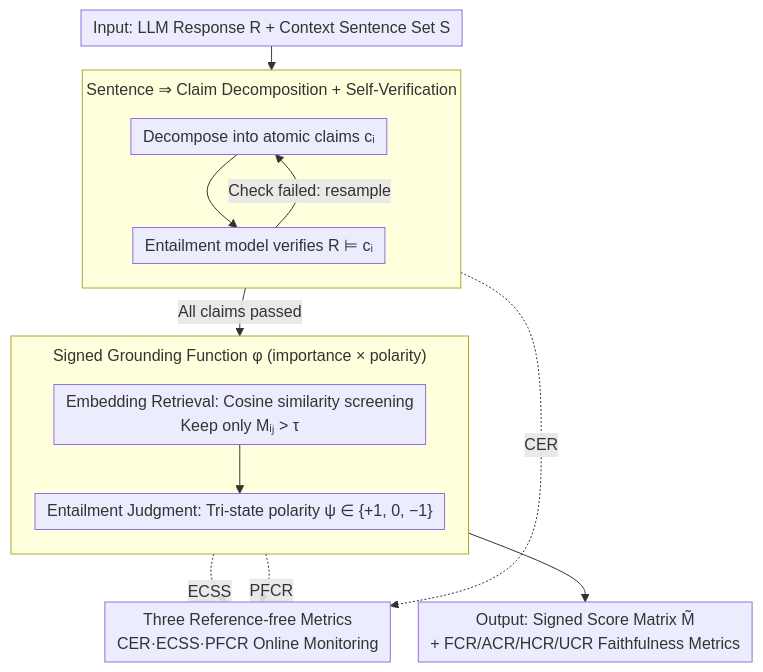
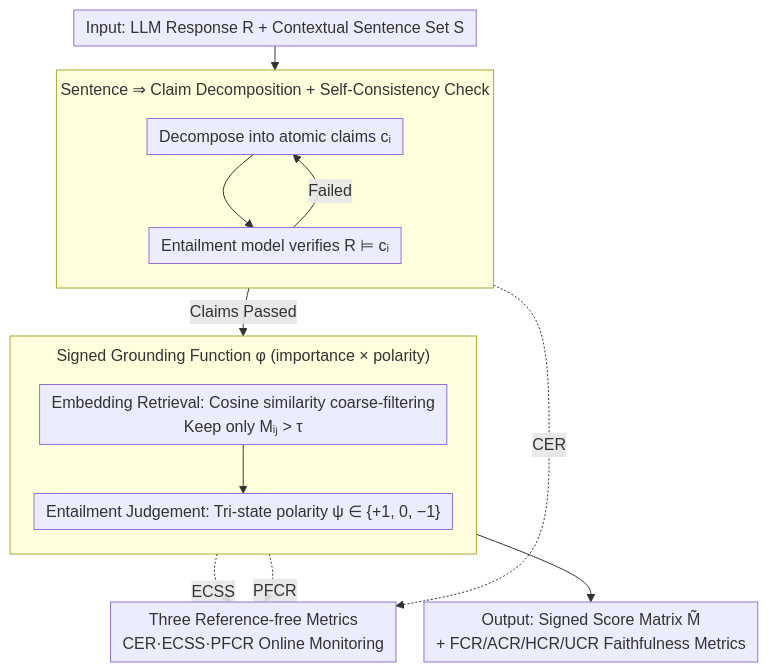
Before and after one commit to zhaoyang97/Paper-Notes-en: the diagram in docs/ACL2026/information_retrieval/etracer_towards_traceable_text_generation_via_claim-level_grounding.md, drawn with Mermaid. The commit also changed other lines of this file and 5084 other files, not shown here.

````diff
--- a/docs/ACL2026/information_retrieval/etracer_towards_traceable_text_generation_via_claim-level_grounding.md
+++ b/docs/ACL2026/information_retrieval/etracer_towards_traceable_text_generation_via_claim-level_grounding.md
@@ -44,25 +44,25 @@
 ```mermaid
 %%{init: {'flowchart': {'rankSpacing': 24, 'nodeSpacing': 28, 'padding': 6, 'wrappingWidth': 400, 'subGraphTitleMargin': {'top': 8, 'bottom': 16}}}}%%
 flowchart TD
-    A["Input: LLM Response R + Context Sentence Set S"]
+    A["Input: LLM Response R + Contextual Sentence Set S"]
     A --> B
-    subgraph G1["Sentence ⇒ Claim Decomposition + Self-Verification"]
+    subgraph G1["Sentence ⇒ Claim Decomposition + Self-Consistency Check"]
         direction TB
         B["Decompose into atomic claims cᵢ"]
         C["Entailment model verifies R ⊨ cᵢ"]
         B --> C
-        C -->|Check failed: resample| B
+        C -->|Failed| B
     end
-    C -->|All claims passed| D
+    C -->|Claims Passed| D
     subgraph G2["Signed Grounding Function φ (importance × polarity)"]
         direction TB
-        D["Embedding Retrieval: Cosine similarity screening<br/>Keep only Mᵢⱼ > τ"]
-        E["Entailment Judgment: Tri-state polarity ψ ∈ {+1, 0, −1}"]
+        D["Embedding Retrieval: Cosine similarity coarse-filtering<br/>Keep only Mᵢⱼ > τ"]
+        E["Entailment Judgement: Tri-state polarity ψ ∈ {+1, 0, −1}"]
         D --> E
     end
     E --> F["Output: Signed Score Matrix M̃<br/>+ FCR/ACR/HCR/UCR Faithfulness Metrics"]
     M["Three Reference-free Metrics<br/>CER·ECSS·PFCR Online Monitoring"]
     C -.CER.-> M
     D -.ECSS.-> M
     E -.PFCR.-> M
 ```
````
